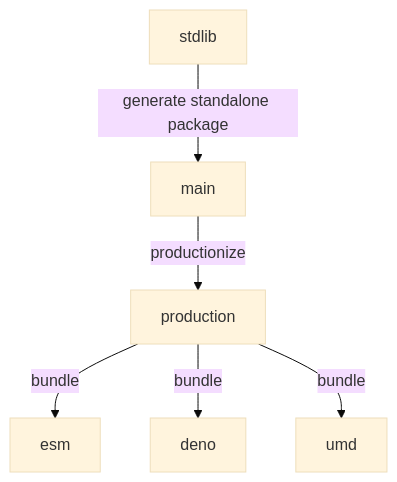
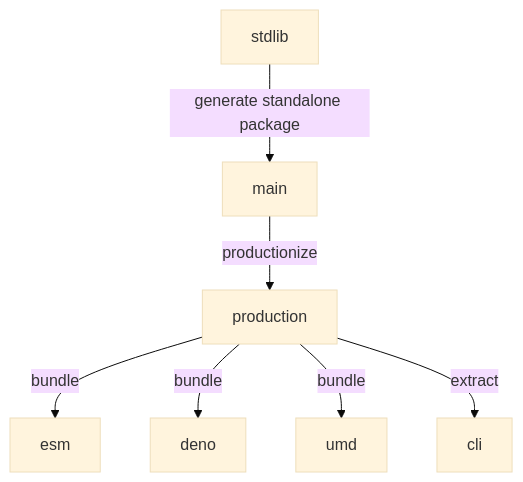
Before and after one commit to stdlib-js/assert-has-weakmap-support: the diagram in branches.md, drawn with Mermaid (base theme). The commit also changed other lines of this file and 8 other files, not shown here.

````diff
--- a/branches.md
+++ b/branches.md
@@ -33,15 +34,17 @@
 ```mermaid
 graph TD;
 A[stdlib]-->|generate standalone package|B;
 B[main] -->|productionize| C[production];
 C -->|bundle| D[esm];
 C -->|bundle| E[deno];
 C -->|bundle| F[umd];
+C -->|extract| G[cli];
 
-click A href "https://github.com/stdlib-js/stdlib/tree/develop/lib/node_modules/%40stdlib/assert/has-weakmap-support"
-click B href "https://github.com/stdlib-js/assert-has-weakmap-support/tree/main"
-click C href "https://github.com/stdlib-js/assert-has-weakmap-support/tree/production"
-click D href "https://github.com/stdlib-js/assert-has-weakmap-support/tree/esm"
-click E href "https://github.com/stdlib-js/assert-has-weakmap-support/tree/deno"
-click F href "https://github.com/stdlib-js/assert-has-weakmap-support/tree/umd"
+%% click A href "https://github.com/stdlib-js/stdlib/tree/develop/lib/node_modules/%40stdlib/assert/has-weakmap-support"
+%% click B href "https://github.com/stdlib-js/assert-has-weakmap-support/tree/main"
+%% click C href "https://github.com/stdlib-js/assert-has-weakmap-support/tree/production"
+%% click D href "https://github.com/stdlib-js/assert-has-weakmap-support/tree/esm"
+%% click E href "https://github.com/stdlib-js/assert-has-weakmap-support/tree/deno"
+%% click F href "https://github.com/stdlib-js/assert-has-weakmap-support/tree/umd"
+%% click G href "https://github.com/stdlib-js/assert-has-weakmap-support/tree/cli"
 ```
````
